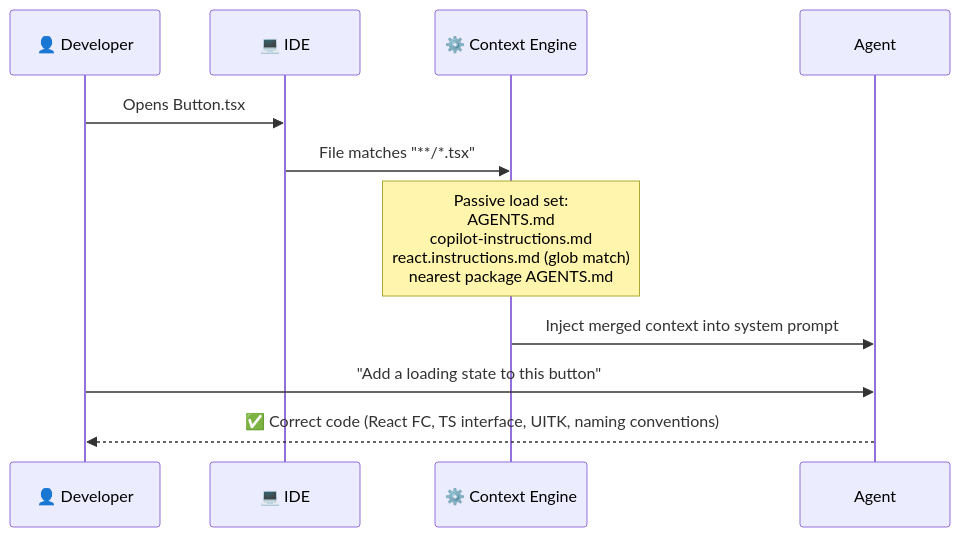
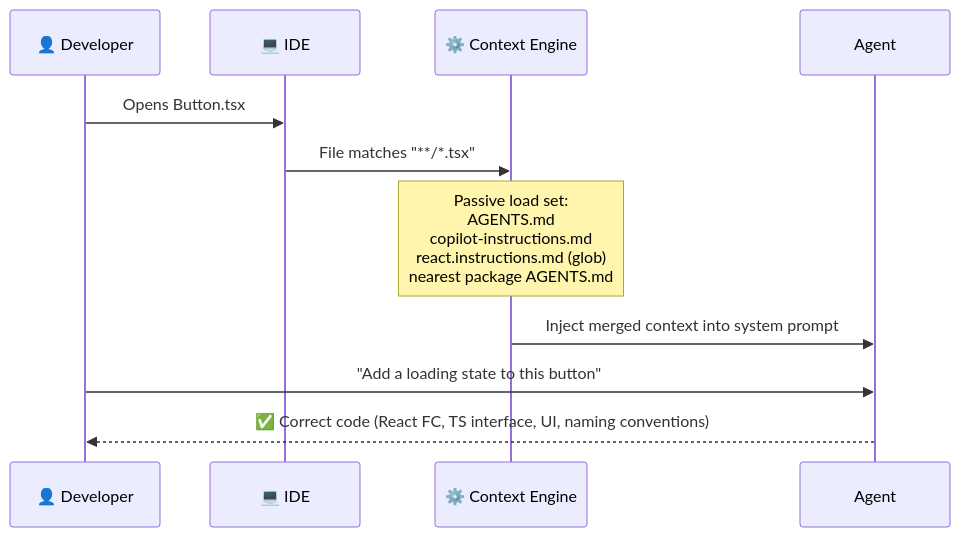
Before and after one commit to HipsterZipster/context-management-presentation: diagram 15 of 23 in context-engineering-tech-talk.md, drawn with Mermaid. The commit also changed other lines of this file and 2 other files, not shown here.

First line of the commit message:
refactor: simplify presentation slides by removing comparison tables and consolidating diagrams

````diff
--- a/context-engineering-tech-talk.md
+++ b/context-engineering-tech-talk.md
@@ -389,16 +381,16 @@
 ```mermaid
 sequenceDiagram
     participant Dev as 👤 Developer
     participant IDE as 💻 IDE
     participant Engine as ⚙️ Context Engine
     participant Agent as Agent
 
     Dev->>IDE: Opens Button.tsx
     IDE->>Engine: File matches "**/*.tsx"
 
-    Note over Engine: Passive load set:<br/>AGENTS.md<br/>copilot-instructions.md<br/>react.instructions.md (glob match)<br/>nearest package AGENTS.md
+    Note over Engine: Passive load set:<br/>AGENTS.md<br/>copilot-instructions.md<br/>react.instructions.md (glob)<br/>nearest package AGENTS.md
     Engine->>Agent: Inject merged context into system prompt
 
     Dev->>Agent: "Add a loading state to this button"
-    Agent-->>Dev: ✅ Correct code (React FC, TS interface, UITK, naming conventions)
+    Agent-->>Dev: ✅ Correct code (React FC, TS interface, UI, naming conventions)
 ```
````
